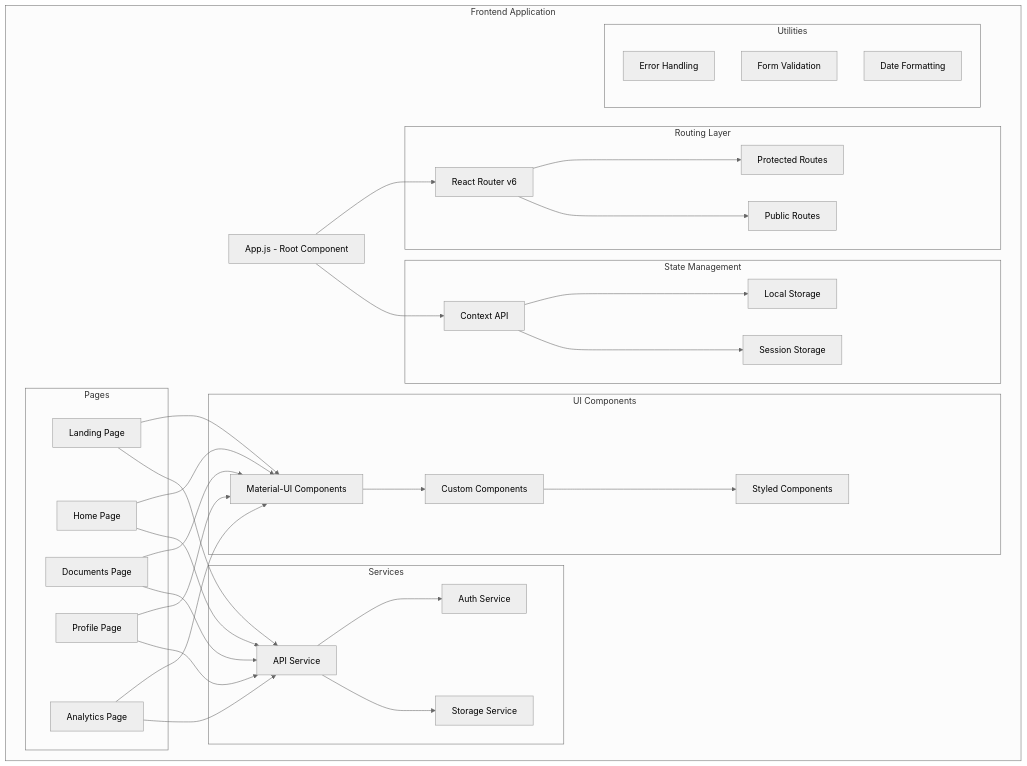
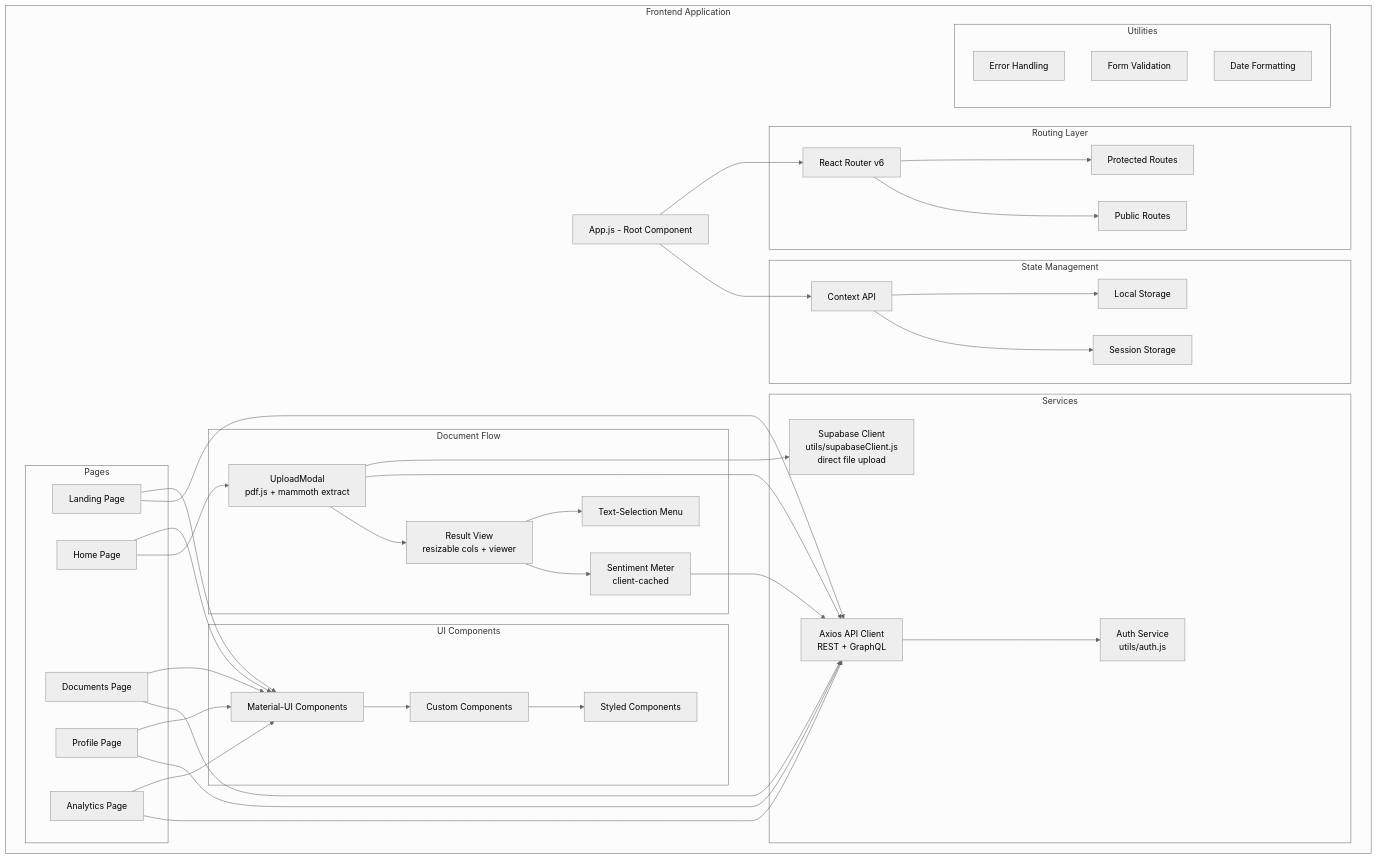
One commit to Derek-miranda/DocuThinker-AI changed the third of 40 diagrams in ARCHITECTURE.md. Above: the diagram before and after it, drawn with Mermaid (neutral theme). The commit also changed other lines of this file and 73 other files, not shown here.

Commit message:
feat: integrate Supabase for document storage and add cache handling

````diff
--- a/ARCHITECTURE.md
+++ b/ARCHITECTURE.md
@@ -280,65 +291,77 @@
 ```mermaid
 graph TB
     subgraph "Frontend Application"
         A[App.js - Root Component]
 
         subgraph "Routing Layer"
             B[React Router v6]
             C[Protected Routes]
             D[Public Routes]
         end
 
         subgraph "State Management"
             E[Context API]
             F[Local Storage]
             G[Session Storage]
         end
 
         subgraph "UI Components"
             H[Material-UI Components]
             I[Custom Components]
             J[Styled Components]
         end
 
         subgraph "Pages"
             K[Landing Page]
             L[Home Page]
             M[Documents Page]
             N[Profile Page]
             O[Analytics Page]
         end
 
         subgraph "Services"
-            P[API Service]
-            Q[Auth Service]
-            R[Storage Service]
+            P[Axios API Client<br/>REST + GraphQL]
+            Q[Auth Service<br/>utils/auth.js]
+            R[Supabase Client<br/>utils/supabaseClient.js<br/>direct file upload]
+        end
+
+        subgraph "Document Flow"
+            UM[UploadModal<br/>pdf.js + mammoth extract]
+            RV[Result View<br/>resizable cols + viewer]
+            SEL[Text-Selection Menu]
+            SM[Sentiment Meter<br/>client-cached]
         end
 
         subgraph "Utilities"
             S[Error Handling]
             T[Form Validation]
             U[Date Formatting]
         end
     end
 
     A --> B
     B --> C
     B --> D
     A --> E
     E --> F
     E --> G
     K --> H
     L --> H
     M --> H
     N --> H
     O --> H
     H --> I
     I --> J
     P --> Q
-    P --> R
+    L --> UM
+    UM --> R
+    UM --> P
+    UM --> RV
+    RV --> SEL
+    RV --> SM
+    SM --> P
     K --> P
-    L --> P
     M --> P
     N --> P
     O --> P
 ```
````
